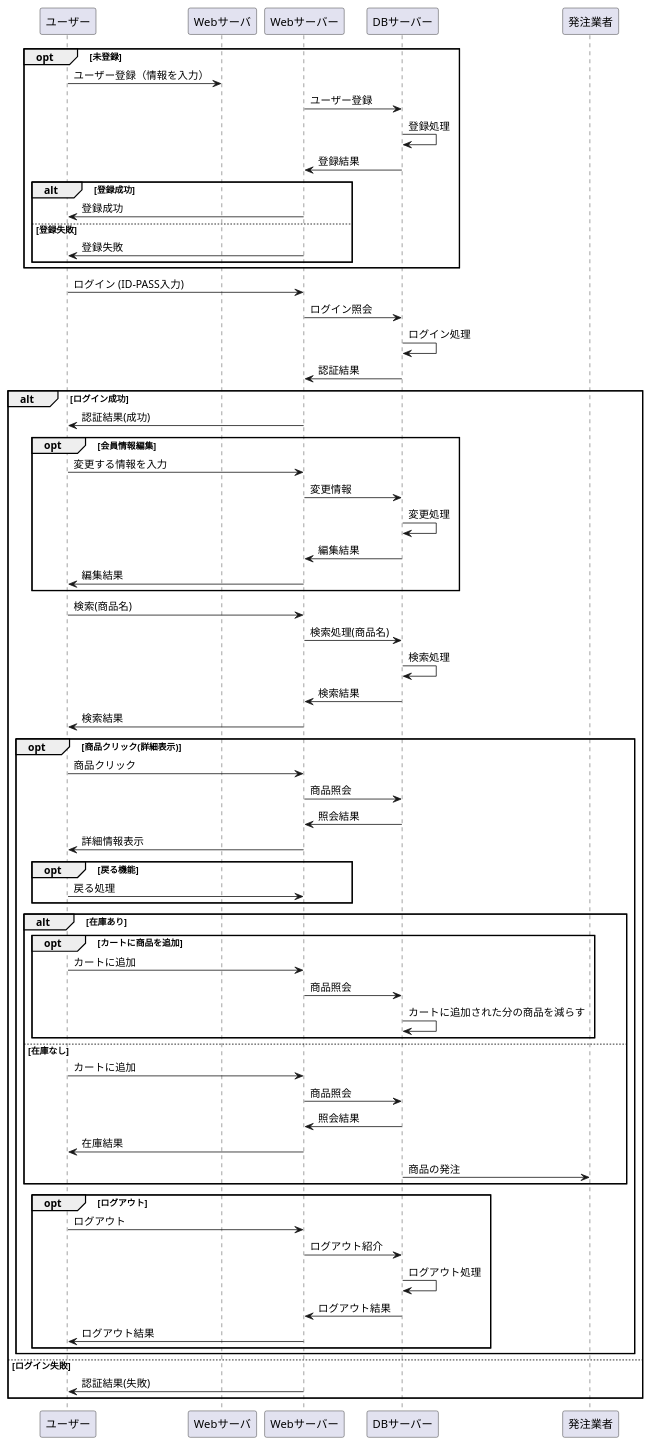
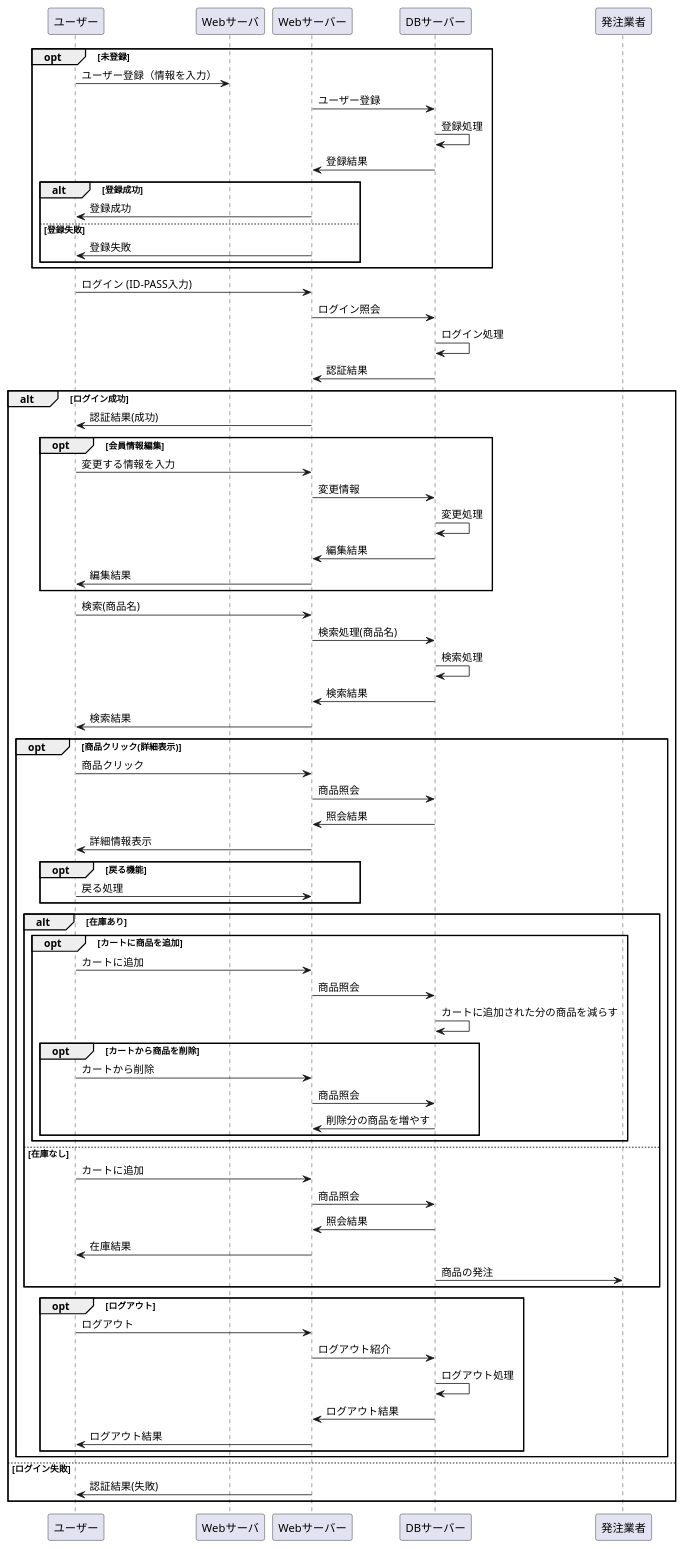
Before and after one commit to Aso2001001/2021sys-design: the diagram in src/md/02業務フロー.md, drawn with PlantUML.

````diff
--- a/src/md/02業務フロー.md
+++ b/src/md/02業務フロー.md
@@ -1,77 +1,82 @@
 ```uml
 @startuml
 opt 未登録
 ユーザー -> Webサーバ : ユーザー登録（情報を入力）
 Webサーバー -> DBサーバー : ユーザー登録
 DBサーバー -> DBサーバー : 登録処理
 DBサーバー -> Webサーバー : 登録結果
 
 alt 登録成功
 Webサーバー -> ユーザー : 登録成功
 else 登録失敗
 Webサーバー -> ユーザー : 登録失敗
 end
 end
 
 ユーザー -> Webサーバー : ログイン (ID-PASS入力)
 Webサーバー -> DBサーバー : ログイン照会
 DBサーバー -> DBサーバー : ログイン処理
 DBサーバー -> Webサーバー : 認証結果
 
 alt ログイン成功
 Webサーバー -> ユーザー : 認証結果(成功)
 
 opt 会員情報編集
 ユーザー -> Webサーバー : 変更する情報を入力
 Webサーバー -> DBサーバー : 変更情報
 DBサーバー -> DBサーバー : 変更処理
 DBサーバー -> Webサーバー : 編集結果
 Webサーバー -> ユーザー : 編集結果
 end
 
 ユーザー -> Webサーバー : 検索(商品名)
 Webサーバー -> DBサーバー : 検索処理(商品名)
 DBサーバー -> DBサーバー : 検索処理
 DBサーバー -> Webサーバー : 検索結果
 Webサーバー -> ユーザー : 検索結果
 
 opt 商品クリック(詳細表示)
 ユーザー -> Webサーバー : 商品クリック
 Webサーバー -> DBサーバー : 商品照会
 DBサーバー -> Webサーバー : 照会結果
 Webサーバー -> ユーザー : 詳細情報表示
 
 opt 戻る機能
 ユーザー -> Webサーバー : 戻る処理
 end
 
 alt 在庫あり
 opt カートに商品を追加
 ユーザー -> Webサーバー : カートに追加
 Webサーバー -> DBサーバー : 商品照会
 DBサーバー -> DBサーバー : カートに追加された分の商品を減らす
+opt カートから商品を削除
+ユーザー -> Webサーバー : カートから削除
+Webサーバー -> DBサーバー : 商品照会
+DBサーバー -> Webサーバー : 削除分の商品を増やす
+end
 end
 
 else 在庫なし
 ユーザー -> Webサーバー : カートに追加
 Webサーバー -> DBサーバー : 商品照会
 DBサーバー -> Webサーバー : 照会結果
 Webサーバー -> ユーザー : 在庫結果
 DBサーバー -> 発注業者 : 商品の発注
 end
 
 opt ログアウト
 ユーザー -> Webサーバー :ログアウト
 Webサーバー -> DBサーバー : ログアウト紹介
 DBサーバー -> DBサーバー : ログアウト処理
 DBサーバー -> Webサーバー : ログアウト結果
 Webサーバー -> ユーザー : ログアウト結果
 end
 end
 
 else ログイン失敗
 Webサーバー -> ユーザー : 認証結果(失敗)
 end
 
 @enduml
 ```
````
